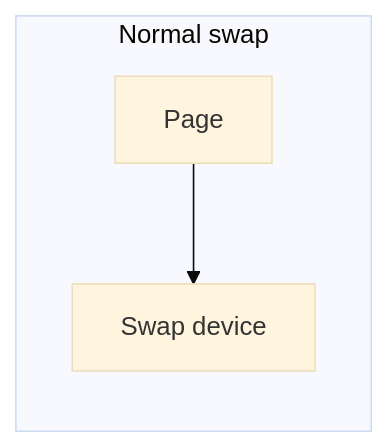
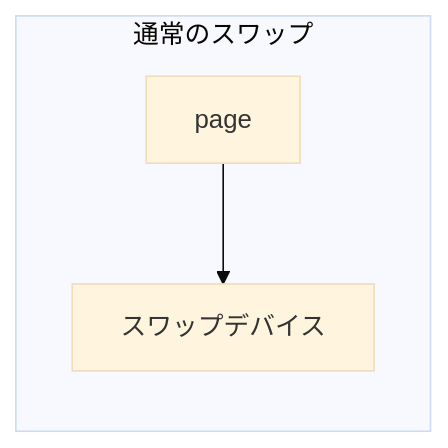
Diagram 14 of 16 in docs/mm/swapping.md (doguto/linux-kernel-internals-jp), drawn with Mermaid (base theme) before and after one commit. The commit also changed other lines of this file and 27 other files, not shown here.

````diff
--- a/docs/mm/swapping.md
+++ b/docs/mm/swapping.md
@@ -619,6 +619,6 @@
 ```mermaid
 flowchart LR
-    subgraph NormalSwap["Normal swap"]
-        NS_Page["Page"] --> NS_Device["Swap device"]
+    subgraph NormalSwap["通常のスワップ"]
+        NS_Page["page"] --> NS_Device["スワップデバイス"]
     end
 ```
````
